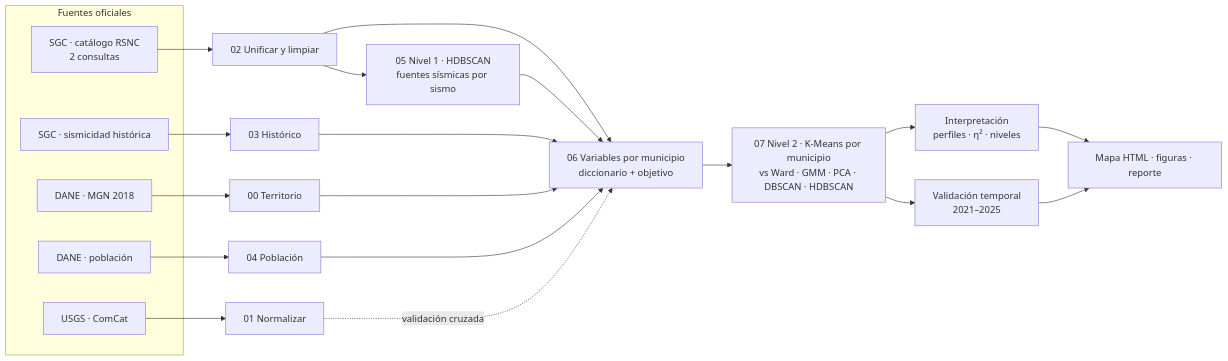
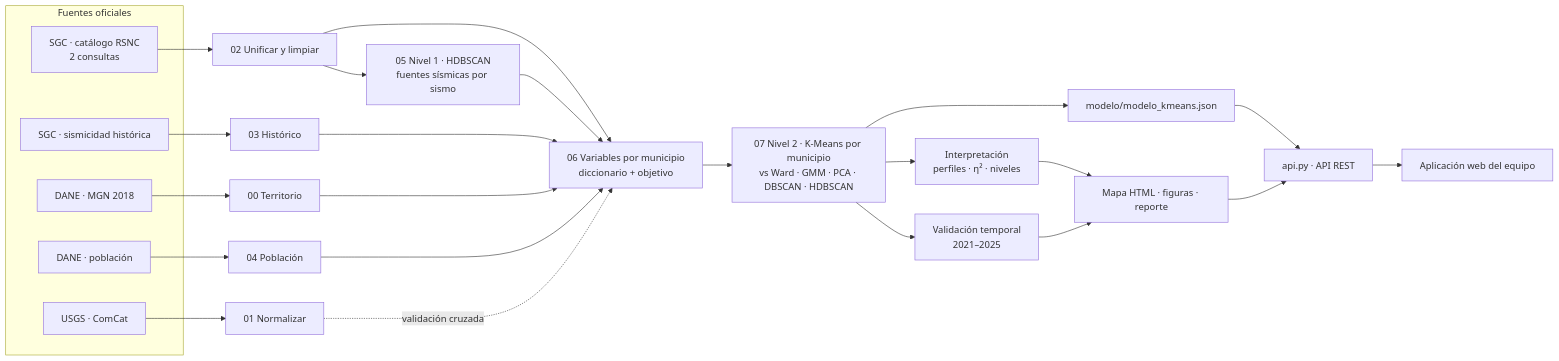
One commit to EDER1002/Modelo changed the diagram in README.md. Above: the diagram before and after it, drawn with Mermaid. The commit also changed other lines of this file and 13 other files, not shown here.

First line of the commit message:
API REST del modelo + README con los dos modelos explicados

````diff
--- a/README.md
+++ b/README.md
@@ -97,22 +332,25 @@
 ```mermaid
 flowchart LR
   subgraph Fuentes oficiales
     SGC[SGC · catálogo RSNC<br/>2 consultas]
     HIS[SGC · sismicidad histórica]
     MGN[DANE · MGN 2018]
     POB[DANE · población]
     USGS[USGS · ComCat]
   end
   SGC --> P02[02 Unificar y limpiar]
   HIS --> P03[03 Histórico]
   MGN --> P00[00 Territorio]
   POB --> P04[04 Población]
   USGS --> P01[01 Normalizar]
   P02 --> P05[05 Nivel 1 · HDBSCAN<br/>fuentes sísmicas por sismo]
   P02 & P05 & P03 & P00 & P04 --> P06[06 Variables por municipio<br/>diccionario + objetivo]
   P01 -. validación cruzada .-> P06
   P06 --> P07[07 Nivel 2 · K-Means por municipio<br/>vs Ward · GMM · PCA · DBSCAN · HDBSCAN]
   P07 --> INT[Interpretación<br/>perfiles · η² · niveles]
   P07 --> VAL[Validación temporal<br/>2021–2025]
   INT & VAL --> OUT[Mapa HTML · figuras · reporte]
+  P07 --> JSON[modelo/modelo_kmeans.json]
+  JSON & OUT --> API[api.py · API REST]
+  API --> APP[Aplicación web del equipo]
 ```
````
